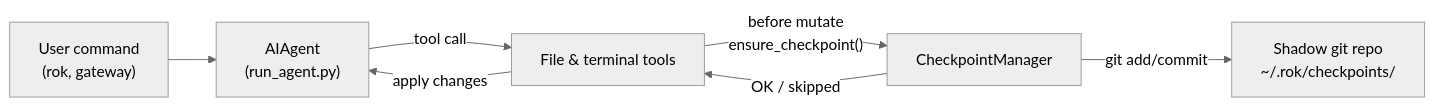
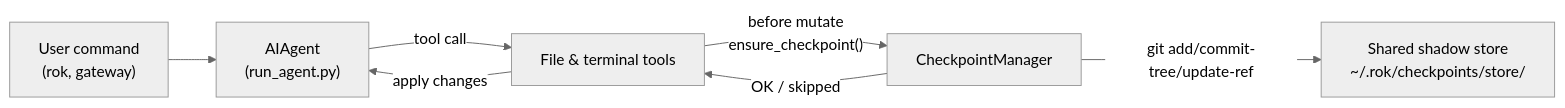
One commit to RokctAI/ROK changed the diagram in website/docs/user-guide/checkpoints-and-rollback.md. Above: the diagram before and after it, drawn with Mermaid (neutral theme). The commit also changed other lines of this file and 2890 other files, not shown here.

````diff
--- a/website/docs/user-guide/checkpoints-and-rollback.md
+++ b/website/docs/user-guide/checkpoints-and-rollback.md
@@ -43,15 +69,15 @@
 ```mermaid
 flowchart LR
   user["User command\n(rok, gateway)"]
   agent["AIAgent\n(run_agent.py)"]
   tools["File & terminal tools"]
   cpMgr["CheckpointManager"]
-  shadowRepo["Shadow git repo\n~/.rok/checkpoints/<hash>"]
+  store["Shared shadow store\n~/.rok/checkpoints/store/"]
 
   user --> agent
   agent -->|"tool call"| tools
   tools -->|"before mutate\nensure_checkpoint()"| cpMgr
-  cpMgr -->|"git add/commit"| shadowRepo
+  cpMgr -->|"git add/commit-tree/update-ref"| store
   cpMgr -->|"OK / skipped"| tools
   tools -->|"apply changes"| agent
 ```
````
